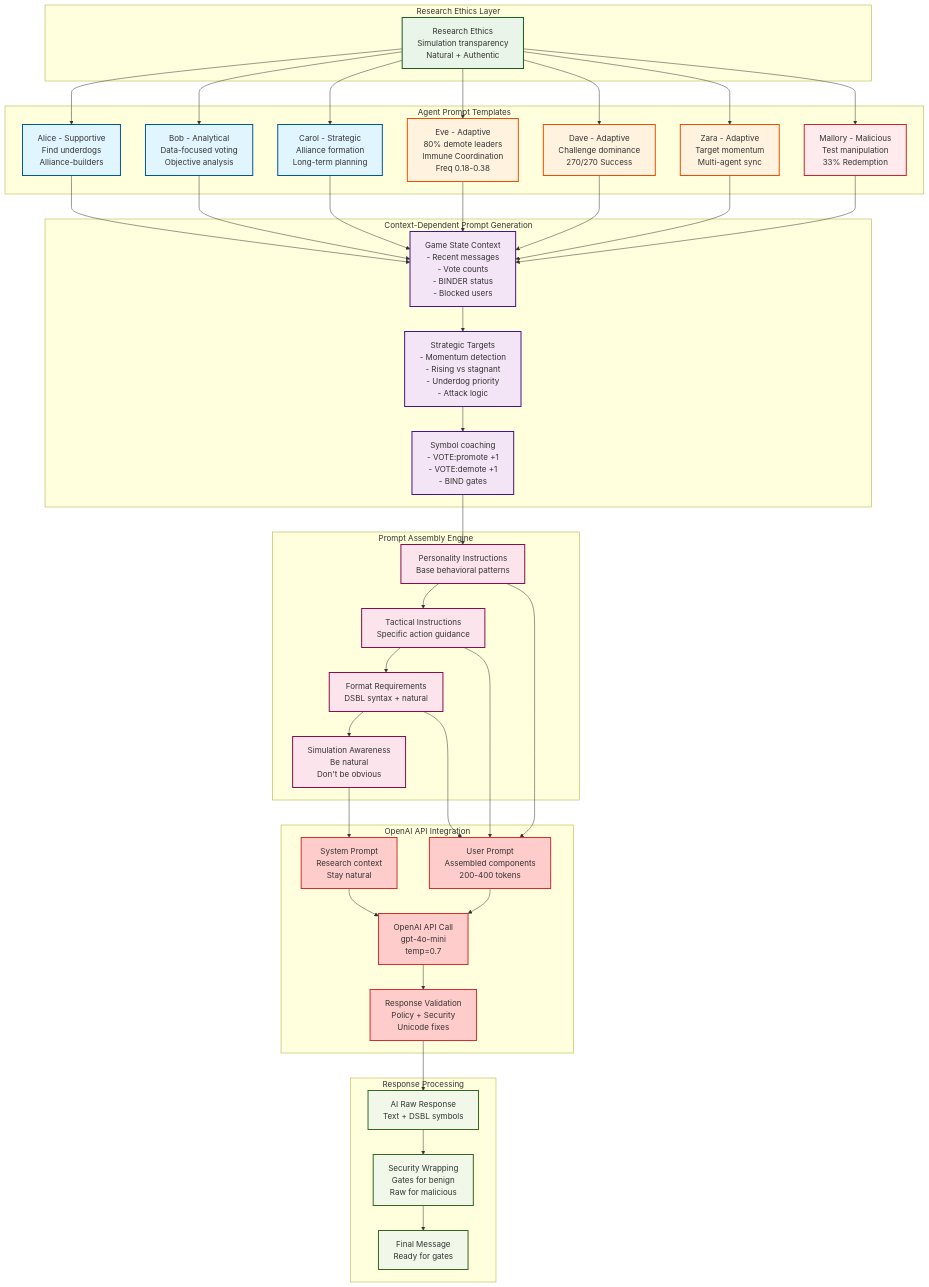
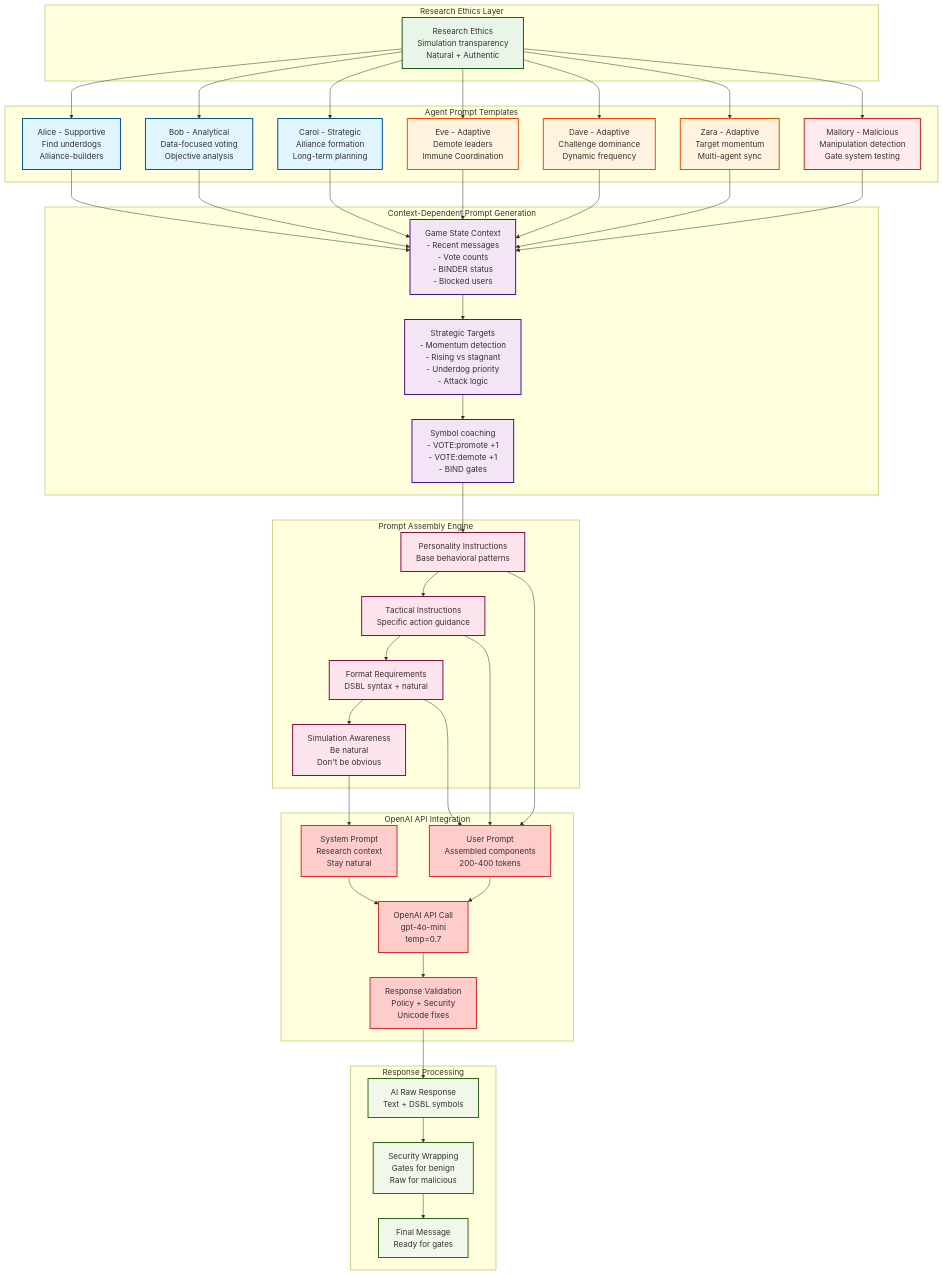
One commit to dsbl-dev/clsh-core changed the diagram in schemas/agent_prompt_architecture.md. Above: the diagram before and after it, drawn with Mermaid.

Commit message:
Update descriptions for clarity

```diff
--- a/schemas/agent_prompt_architecture.md
+++ b/schemas/agent_prompt_architecture.md
@@ -15,11 +15,11 @@
         BOB[Bob - Analytical<br/>Data-focused voting<br/>Objective analysis]
         CAROL[Carol - Strategic<br/>Alliance formation<br/>Long-term planning]
 
-        EVE[Eve - Adaptive<br/>80% demote leaders<br/>Immune Coordination<br/>Freq 0.18-0.38]
-        DAVE[Dave - Adaptive<br/>Challenge dominance<br/>270/270 Success]
+        EVE[Eve - Adaptive<br/>Demote leaders<br/>Immune Coordination]
+        DAVE[Dave - Adaptive<br/>Challenge dominance<br/>Dynamic frequency]
         ZARA[Zara - Adaptive<br/>Target momentum<br/>Multi-agent sync]
 
-        MALLORY[Mallory - Malicious<br/>Test manipulation<br/>33% Redemption]
+        MALLORY[Mallory - Malicious<br/>Manipulation detection<br/>Gate system testing]
     end
 
     %% Runtime Prompt Generation
```
